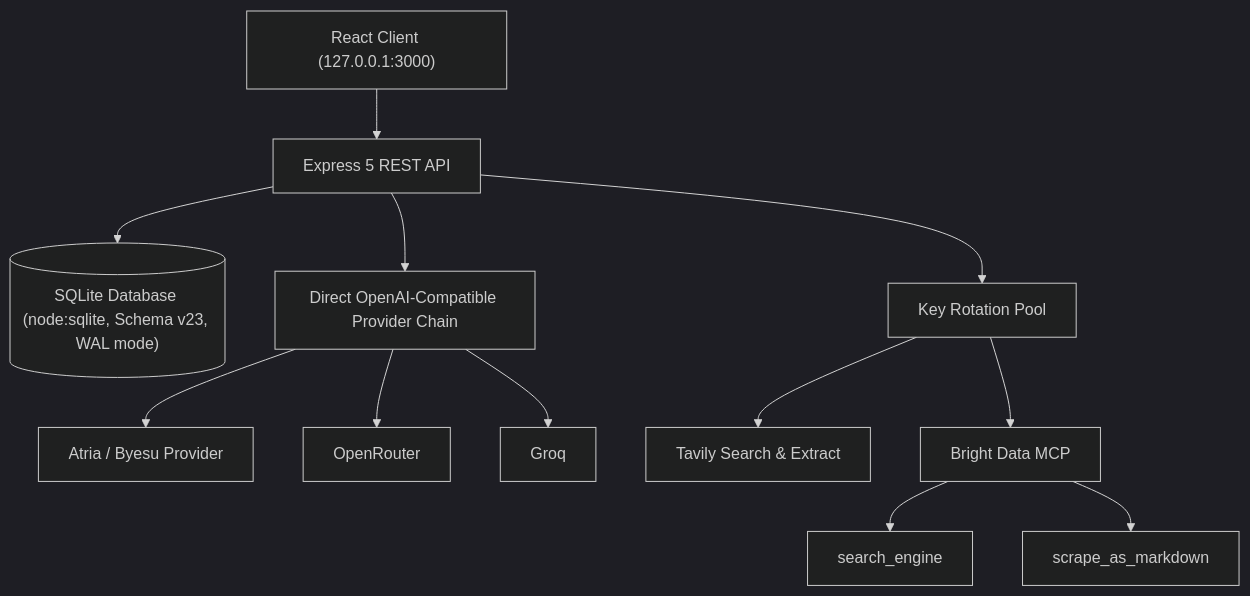
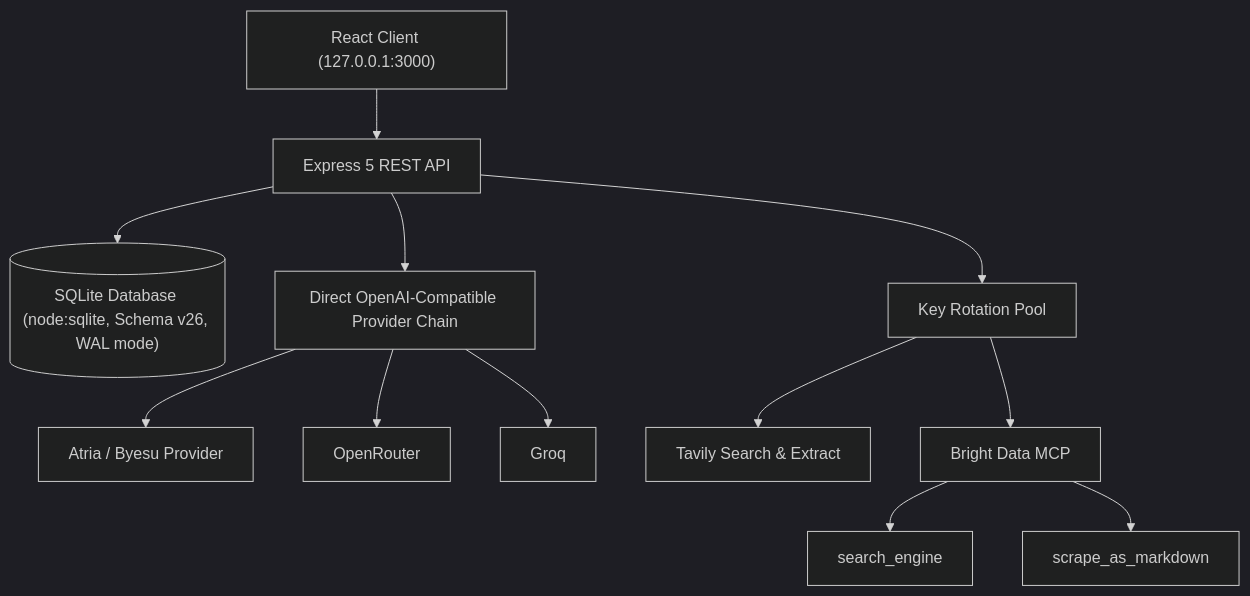
Before and after one commit to AliasHolmes/Apex-CRM: the second of 2 diagrams in README.md, drawn with Mermaid (dark theme). The commit also changed other lines of this file and 34 other files, not shown here.

````diff
--- a/README.md
+++ b/README.md
@@ -174,16 +174,16 @@
 ```mermaid
 graph TD
     UI["React Client (127.0.0.1:3000)"] --> API["Express 5 REST API"]
-    API --> DB[("SQLite Database (node:sqlite, Schema v23, WAL mode)")]
+    API --> DB[("SQLite Database (node:sqlite, Schema v26, WAL mode)")]
 
     API --> Direct["Direct OpenAI-Compatible Provider Chain"]
     Direct --> Primary["Atria / Byesu Provider"]
     Direct --> OpenRouter["OpenRouter"]
     Direct --> Groq["Groq"]
 
     API --> KeyRotator["Key Rotation Pool"]
     KeyRotator --> Tavily["Tavily Search & Extract"]
     KeyRotator --> MCP["Bright Data MCP"]
     MCP --> BDSearch["search_engine"]
     MCP --> BDScrape["scrape_as_markdown"]
 ```
````
